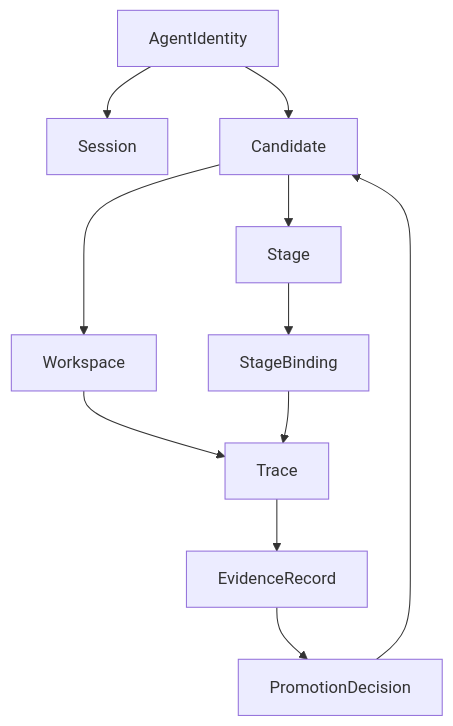
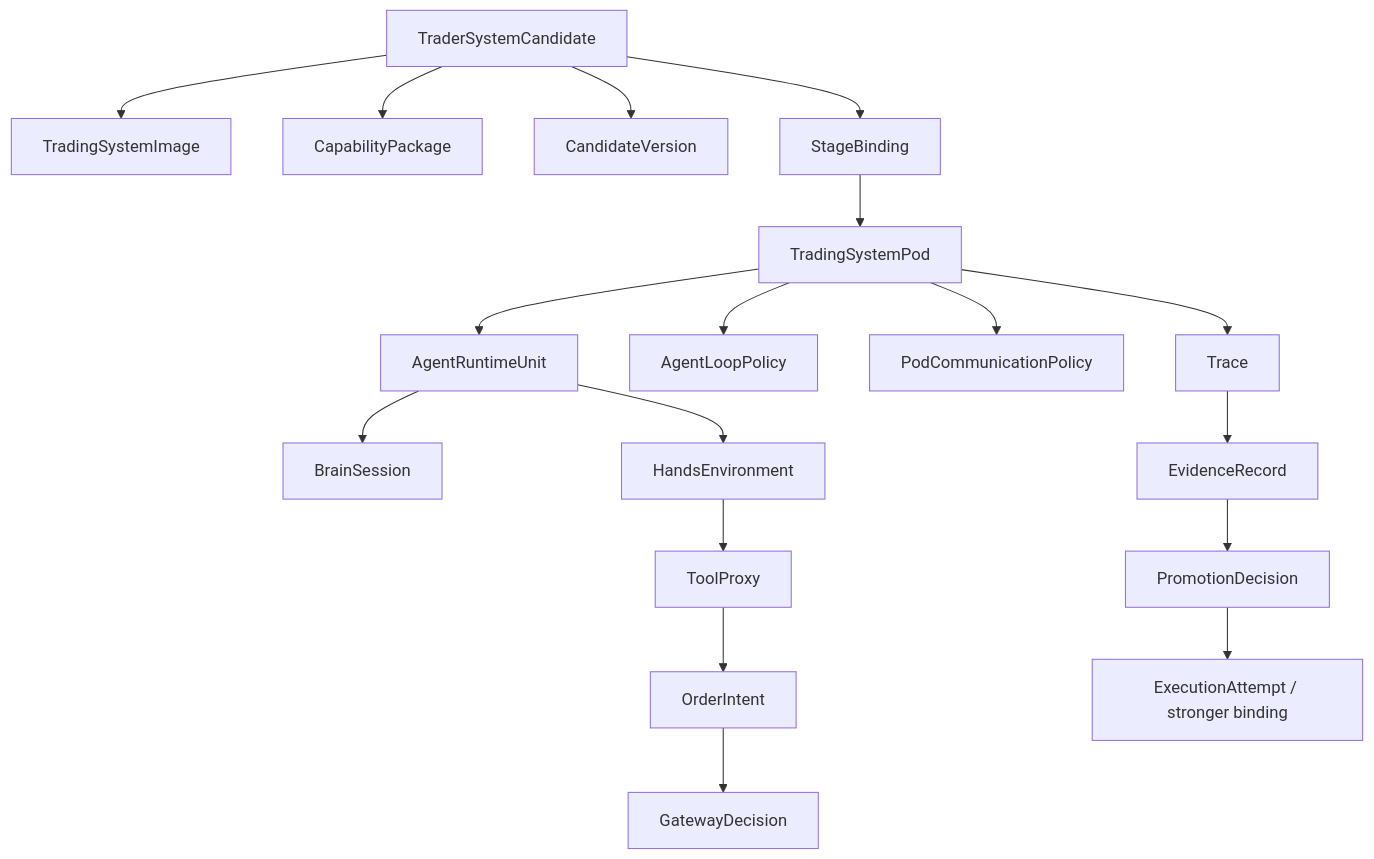
Before and after one commit to openboa-ai/ouroboros: the diagram in wiki/architecture/specs/02-core-primitives.md, drawn with Mermaid. The commit also changed other lines of this file and 80 other files, not shown here.

Commit message:
docs: lock mlp-01 architecture design baseline

````diff
--- a/wiki/architecture/specs/02-core-primitives.md
+++ b/wiki/architecture/specs/02-core-primitives.md
@@ -310,13 +62,20 @@
 ```mermaid
 flowchart TD
-    A["AgentIdentity"] --> B["Session"]
-    A --> C["Candidate"]
-    C --> D["Stage"]
-    D --> E["StageBinding"]
-    C --> F["Workspace"]
-    F --> G["Trace"]
-    E --> G
-    G --> H["EvidenceRecord"]
-    H --> I["PromotionDecision"]
-    I --> C
+    C["TraderSystemCandidate"] --> I["TradingSystemImage"]
+    C --> P["CapabilityPackage"]
+    C --> V["CandidateVersion"]
+    C --> B["StageBinding"]
+    B --> POD["TradingSystemPod"]
+    POD --> ARU["AgentRuntimeUnit"]
+    POD --> ALP["AgentLoopPolicy"]
+    ARU --> BS["BrainSession"]
+    ARU --> HE["HandsEnvironment"]
+    HE --> TP["ToolProxy"]
+    POD --> CPOL["PodCommunicationPolicy"]
+    POD --> T["Trace"]
+    T --> E["EvidenceRecord"]
+    E --> D["PromotionDecision"]
+    D --> X["ExecutionAttempt / stronger binding"]
+    TP --> OI["OrderIntent"]
+    OI --> GD["GatewayDecision"]
 ```
````
